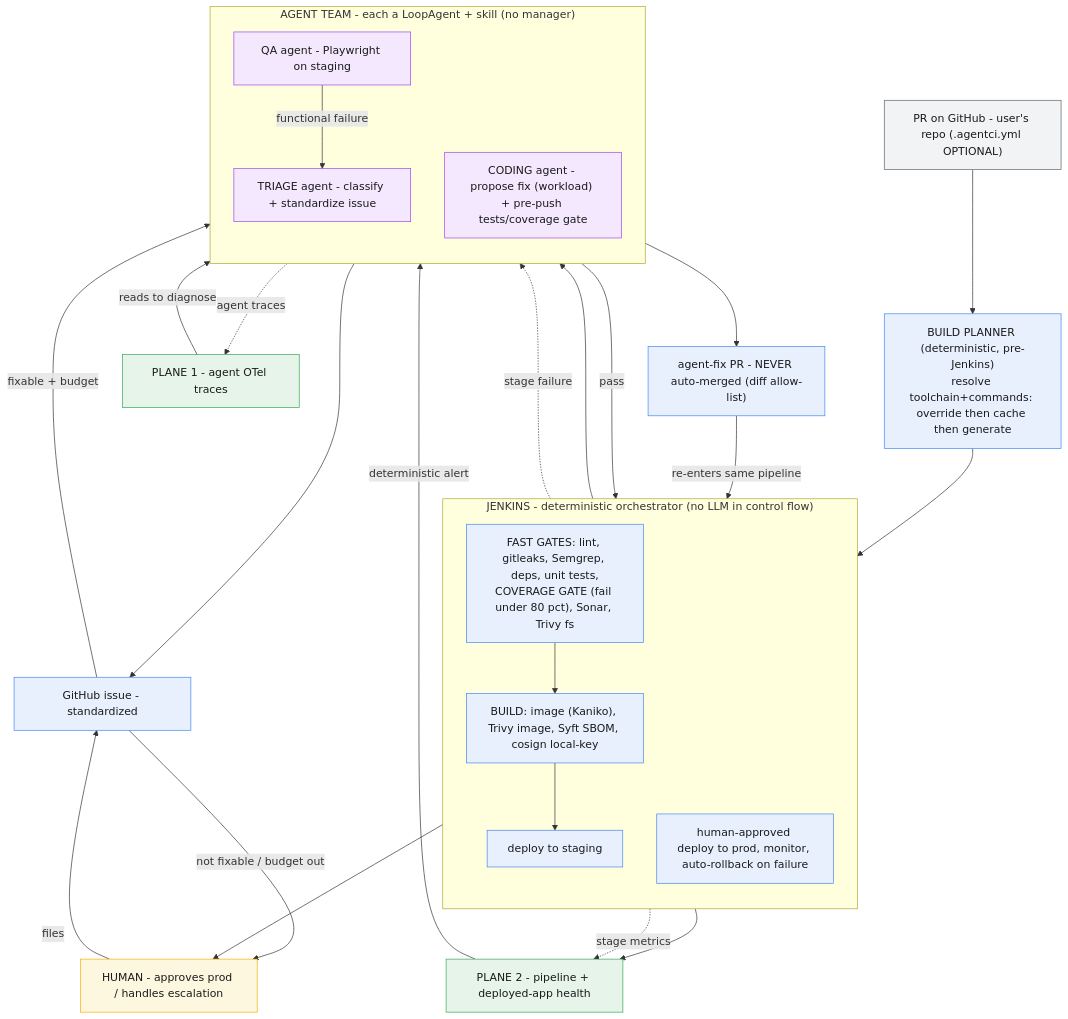
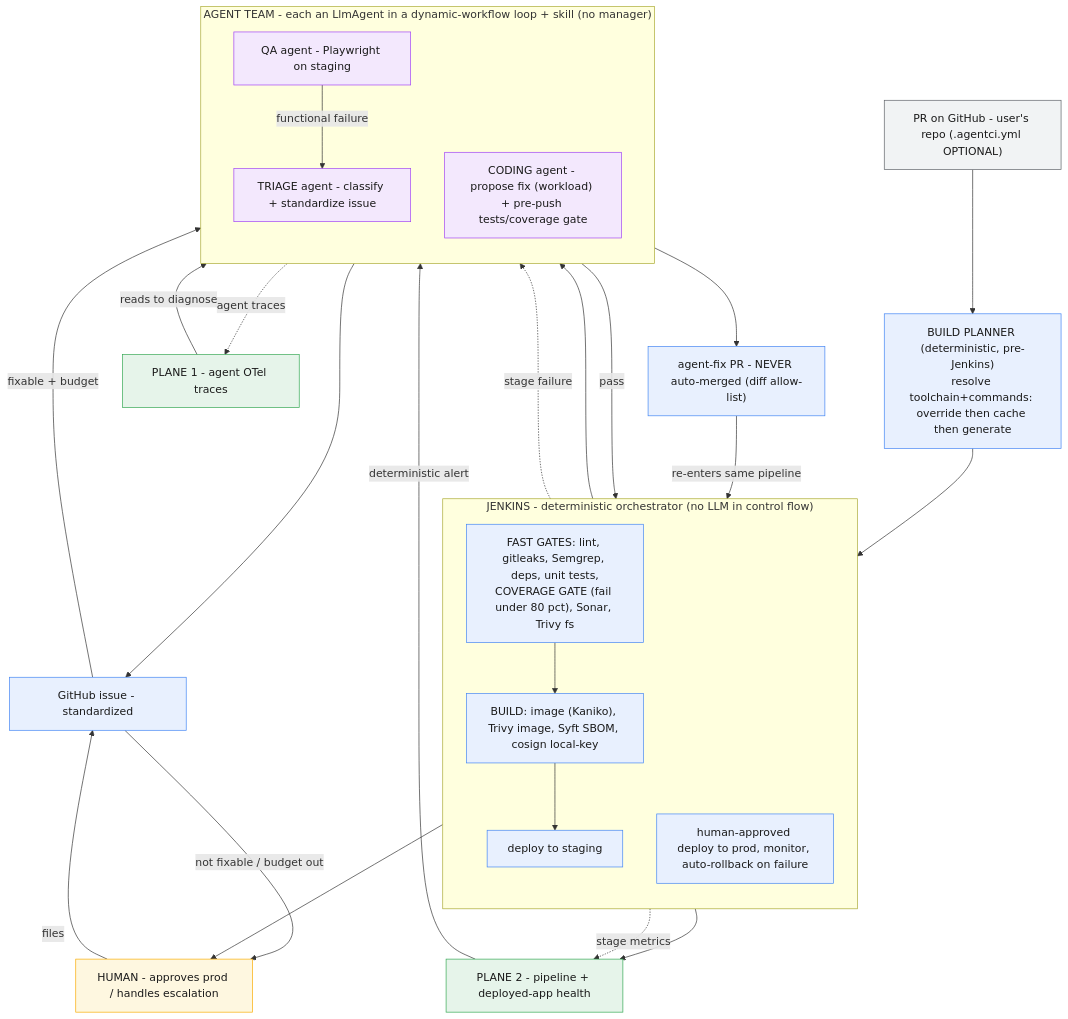
One commit to khiemhuynh95/pitcrew-ci changed the second of 7 diagrams in ARCHITECTURE_DIAGRAMS.md. Above: the diagram before and after it, drawn with Mermaid. The commit also changed other lines of this file and 5 other files, not shown here.

First line of the commit message:
Replace deprecated LoopAgent with ADK dynamic-workflow loop

````diff
--- a/ARCHITECTURE_DIAGRAMS.md
+++ b/ARCHITECTURE_DIAGRAMS.md
@@ -100,51 +101,51 @@
 ```mermaid
 flowchart TB
     PR["PR on GitHub - user's repo (.agentci.yml OPTIONAL)"]:::ext
     HUMAN["HUMAN - approves prod / handles escalation"]:::human
     PLAN["BUILD PLANNER (deterministic, pre-Jenkins)<br/>resolve toolchain+commands: override then cache then generate"]:::pipe
 
     subgraph JEN["JENKINS - deterministic orchestrator (no LLM in control flow)"]
       direction TB
       FAST["FAST GATES: lint, gitleaks, Semgrep, deps, unit tests,<br/>COVERAGE GATE (fail under 80 pct), Sonar, Trivy fs"]:::pipe
       BUILD["BUILD: image (Kaniko), Trivy image, Syft SBOM, cosign local-key"]:::pipe
       STAGE["deploy to staging"]:::pipe
       PROD["human-approved deploy to prod, monitor, auto-rollback on failure"]:::pipe
       FAST --> BUILD --> STAGE
     end
 
-    subgraph AGENTS["AGENT TEAM - each a LoopAgent + skill (no manager)"]
+    subgraph AGENTS["AGENT TEAM - each an LlmAgent in a dynamic-workflow loop + skill (no manager)"]
       direction TB
       QA["QA agent - Playwright on staging"]:::agent
       TRIAGE["TRIAGE agent - classify + standardize issue"]:::agent
       CODER["CODING agent - propose fix (workload) + pre-push tests/coverage gate"]:::agent
     end
 
     P1["PLANE 1 - agent OTel traces"]:::opt
     P2["PLANE 2 - pipeline + deployed-app health"]:::opt
     ISSUE["GitHub issue - standardized"]:::pipe
     FIXPR["agent-fix PR - NEVER auto-merged (diff allow-list)"]:::pipe
 
     PR --> PLAN --> FAST
     STAGE --> QA
     QA -->|pass| PROD
     QA -->|functional failure| TRIAGE
     BUILD -.stage failure.-> TRIAGE
     PROD --> P2
     JEN -.stage metrics.-> P2
     AGENTS -.agent traces.-> P1
     P2 -->|deterministic alert| TRIAGE
     P1 -->|reads to diagnose| TRIAGE
     HUMAN -->|files| ISSUE
     TRIAGE --> ISSUE
     ISSUE -->|fixable + budget| CODER
     ISSUE -->|not fixable / budget out| HUMAN
     CODER --> FIXPR
     FIXPR -->|re-enters same pipeline| FAST
     PROD --> HUMAN
 
     classDef pipe fill:#e8f0fe,stroke:#4285f4,color:#1a1a1a
     classDef agent fill:#f3e8fd,stroke:#a142f4,color:#1a1a1a
     classDef human fill:#fef7e0,stroke:#f9ab00,color:#1a1a1a
     classDef opt fill:#e6f4ea,stroke:#34a853,color:#1a1a1a
     classDef ext fill:#f1f3f4,stroke:#5f6368,color:#1a1a1a
 ```
````
